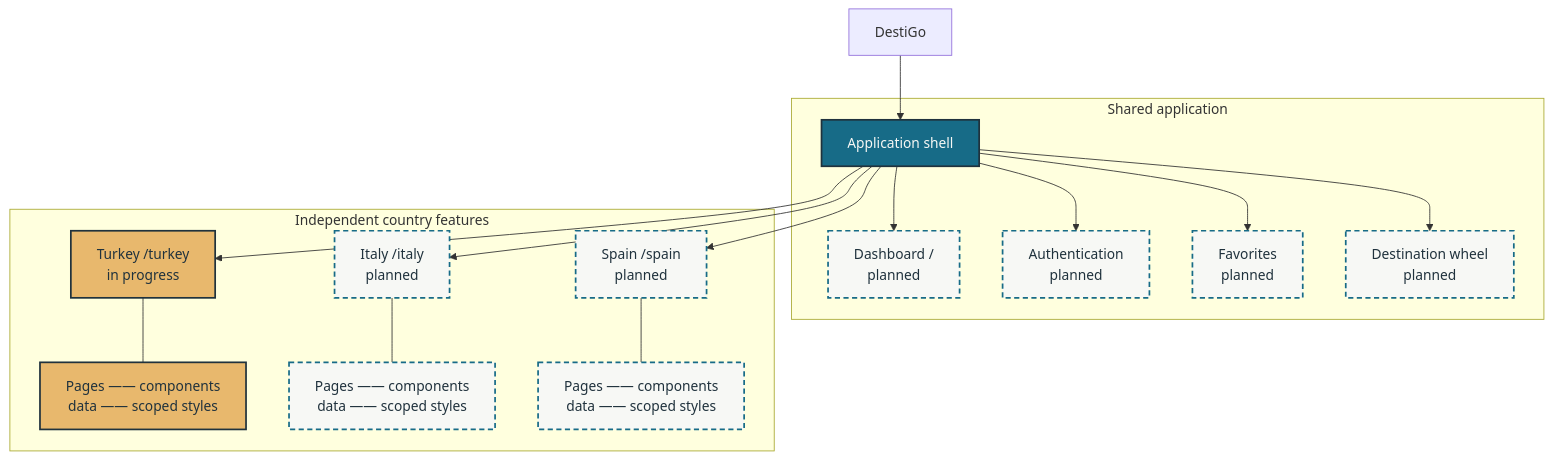
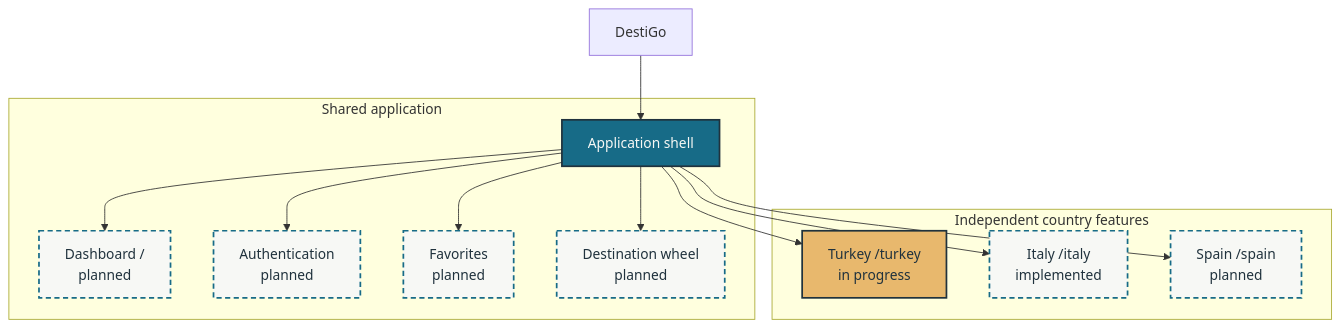
One commit to ons-sup/DestiGO changed the first of 2 diagrams in README.md. Above: the diagram before and after it, drawn with Mermaid. The commit also changed other lines of this file and 58 other files, not shown here.

````diff
--- a/README.md
+++ b/README.md
@@ -79,38 +59,33 @@
 ```mermaid
 flowchart TB
   subgraph Shared["Shared application"]
     Shell["Application shell"]
     Dash["Dashboard /<br/>planned"]
     Auth["Authentication<br/>planned"]
     Fav["Favorites<br/>planned"]
     Wheel["Destination wheel<br/>planned"]
   end
 
   subgraph Portals["Independent country features"]
     TR["Turkey /turkey<br/>in progress"]
-    IT["Italy /italy<br/>planned"]
+    IT["Italy /italy<br/>implemented"]
     ES["Spain /spain<br/>planned"]
-    TRD["Pages —— components<br/>data —— scoped styles"]
-    ITD["Pages —— components<br/>data —— scoped styles"]
-    ESD["Pages —— components<br/>data —— scoped styles"]
   end
 
   DG["DestiGo"] --> Shell
   Shell --> Dash
   Shell --> Auth
   Shell --> Fav
   Shell --> Wheel
   Shell --> TR
   Shell --> IT
   Shell --> ES
-  TR --- TRD
-  IT --- ITD
-  ES --- ESD
 
   classDef shared fill:#176B87,color:#F7F8F5,stroke:#20323D,stroke-width:2px;
   classDef country fill:#E8B86D,color:#20323D,stroke:#20323D,stroke-width:2px;
   classDef planned fill:#F7F8F5,color:#20323D,stroke:#176B87,stroke-width:2px,stroke-dasharray:6 4;
   class Shell shared;
-  class TR,TRD country;
-  class Dash,Auth,Fav,Wheel,IT,ITD,ES,ESD planned;
+  class TR,IT country;
+  class Dash,Auth,Fav,Wheel,IT planned;
+  class ES planned;
 ```
````
